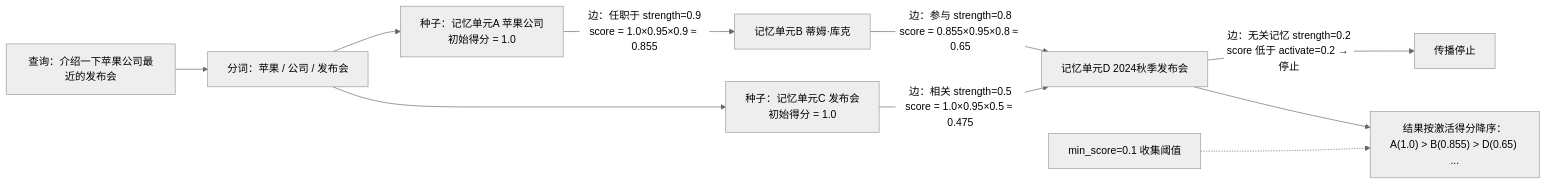
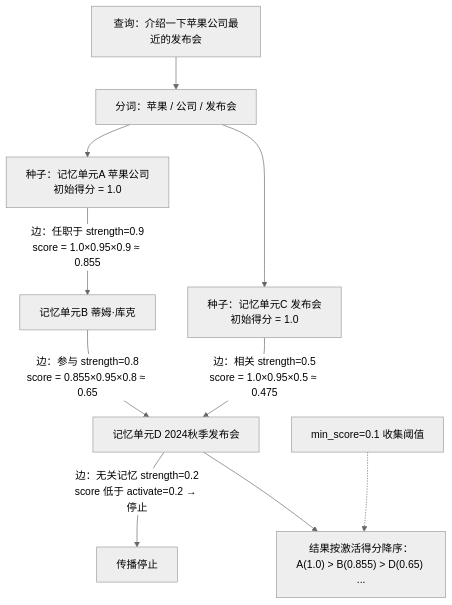
Before and after one commit to agentic-data-ops/bionic-graph: the third of 5 diagrams in .reasonix/patent/一种AI智能体仿生记忆装置和召回方法.md, drawn with Mermaid (neutral theme). The commit also changed other lines of this file, not shown here.

````diff
--- a/.reasonix/patent/一种AI智能体仿生记忆装置和召回方法.md
+++ b/.reasonix/patent/一种AI智能体仿生记忆装置和召回方法.md
@@ -250,12 +245,12 @@
 ```mermaid
-flowchart LR
+flowchart TD
     Q["查询：介绍一下苹果公司最近的发布会"] --> TK["分词：苹果 / 公司 / 发布会"]
     TK --> S1["种子：记忆单元A 苹果公司<br/>初始得分 = 1.0"]
     TK --> S2["种子：记忆单元C 发布会<br/>初始得分 = 1.0"]
     S1 -- "边：任职于 strength=0.9<br/>score = 1.0×0.95×0.9 ≈ 0.855" --> B["记忆单元B 蒂姆·库克"]
     B -- "边：参与 strength=0.8<br/>score = 0.855×0.95×0.8 ≈ 0.65" --> D["记忆单元D 2024秋季发布会"]
     S2 -- "边：相关 strength=0.5<br/>score = 1.0×0.95×0.5 ≈ 0.475" --> D
     D -- "边：无关记忆 strength=0.2<br/>score 低于 activate=0.2 → 停止" --> X["传播停止"]
     D --> R["结果按激活得分降序：<br/>A(1.0) > B(0.855) > D(0.65) ..."]
     R2["min_score=0.1 收集阈值"] -.-> R
 ```
````
